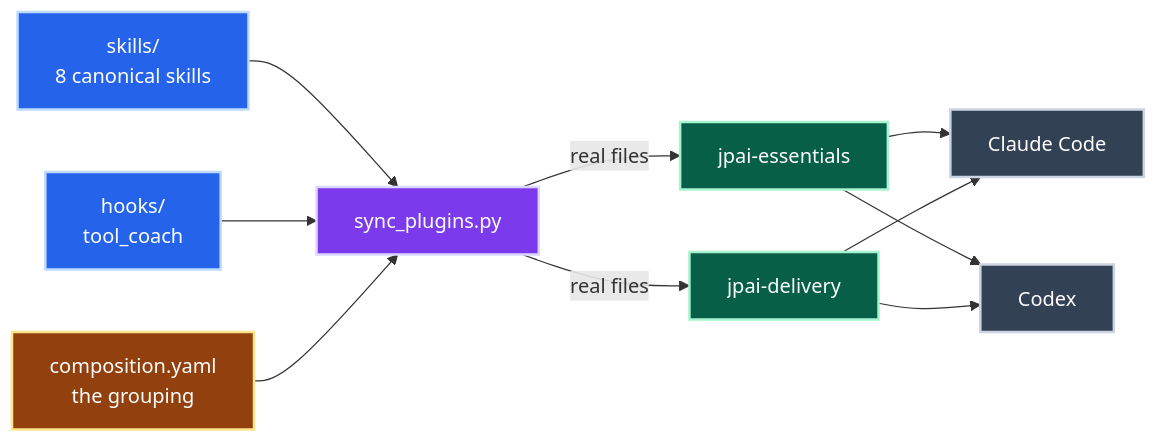
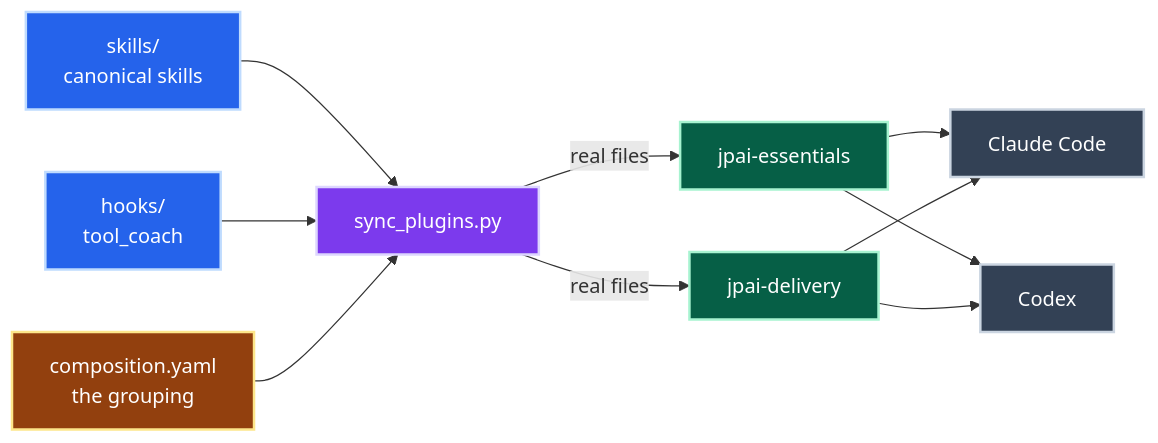
The first of 2 diagrams in README.md (jpeakai/skills), drawn with Mermaid before and after one commit. The commit also changed other lines of this file and 22 other files, not shown here.

````diff
--- a/README.md
+++ b/README.md
@@ -123,27 +124,27 @@
 ```mermaid
 flowchart LR
-    SK["skills/<br/>8 canonical skills"]:::src
+    SK["skills/<br/>canonical skills"]:::src
     HK["hooks/<br/>tool_coach"]:::src
     CF["composition.yaml<br/>the grouping"]:::cfg
     SY["sync_plugins.py"]:::proc
     ES["jpai-essentials"]:::pack
     DL["jpai-delivery"]:::pack
     CC["Claude Code"]:::host
     CX["Codex"]:::host
 
     SK --> SY
     HK --> SY
     CF --> SY
     SY -->|real files| ES
     SY -->|real files| DL
     ES --> CC
     ES --> CX
     DL --> CC
     DL --> CX
 
     classDef src   fill:#2563eb,stroke:#bfdbfe,color:#ffffff,stroke-width:2px
     classDef cfg   fill:#92400e,stroke:#fde68a,color:#ffffff,stroke-width:2px
     classDef proc  fill:#7c3aed,stroke:#ddd6fe,color:#ffffff,stroke-width:2px
     classDef pack  fill:#065f46,stroke:#a7f3d0,color:#ffffff,stroke-width:2px
     classDef host  fill:#334155,stroke:#cbd5e1,color:#ffffff,stroke-width:2px
 ```
````
